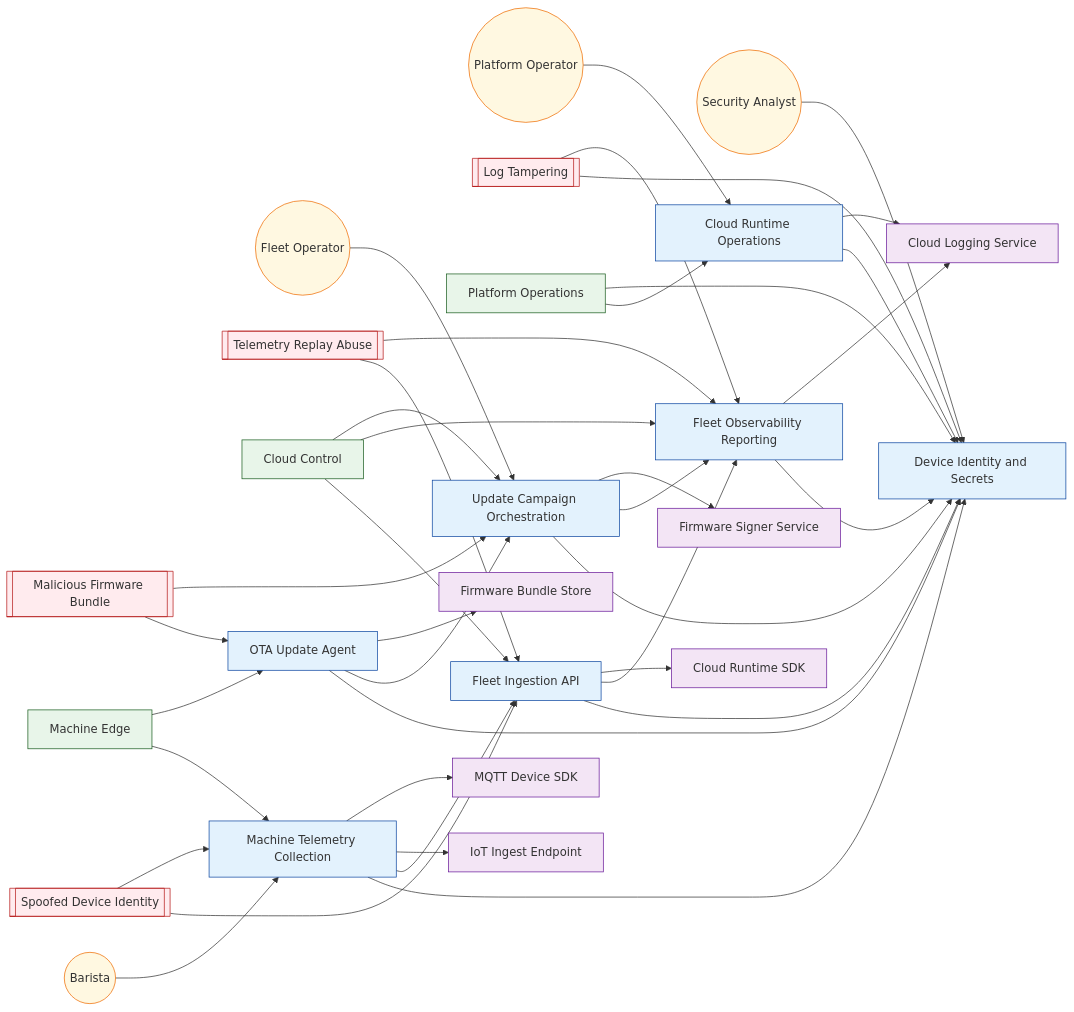
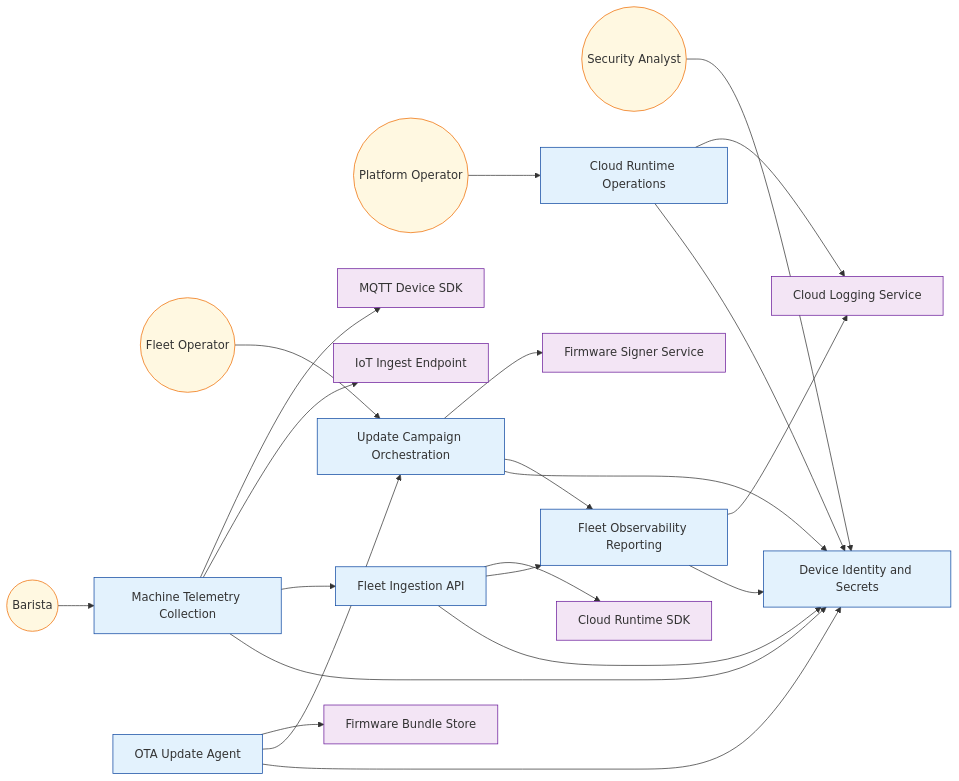
Before and after one commit to labeth/engineering-model-go: the diagram in examples/coffee-fleet-ota-cloud-sample/generated/VIEW-COMMUNICATION.mmd, drawn with Mermaid. The commit also changed 48 other files, not shown here.

Commit message:
added flow view

```diff
--- a/examples/coffee-fleet-ota-cloud-sample/generated/VIEW-COMMUNICATION.mmd
+++ b/examples/coffee-fleet-ota-cloud-sample/generated/VIEW-COMMUNICATION.mmd
@@ -1,68 +1,55 @@
 flowchart LR
 %% view: VIEW-COMMUNICATION (communication)
 N_ACT_BARISTA(("Barista")):::actor
 N_ACT_FLEET_OPERATOR(("Fleet Operator")):::actor
 N_ACT_PLATFORM_OPERATOR(("Platform Operator")):::actor
 N_ACT_SECURITY_ANALYST(("Security Analyst")):::actor
-N_AV_LOG_TAMPERING[["Log Tampering"]]:::attack_vector
-N_AV_MALICIOUS_FIRMWARE_BUNDLE[["Malicious Firmware Bundle"]]:::attack_vector
-N_AV_SPOOFED_DEVICE_IDENTITY[["Spoofed Device Identity"]]:::attack_vector
-N_AV_TELEMETRY_REPLAY_ABUSE[["Telemetry Replay Abuse"]]:::attack_vector
-N_FG_CLOUD_CONTROL["Cloud Control"]:::functional_group
-N_FG_MACHINE_EDGE["Machine Edge"]:::functional_group
-N_FG_PLATFORM_OPERATIONS["Platform Operations"]:::functional_group
 N_FU_CLOUD_RUNTIME_OPERATIONS["Cloud Runtime Operations"]:::functional_unit
 N_FU_DEVICE_IDENTITY_SECRETS["Device Identity and Secrets"]:::functional_unit
 N_FU_FLEET_INGESTION_API["Fleet Ingestion API"]:::functional_unit
 N_FU_FLEET_OBSERVABILITY_REPORTING["Fleet Observability Reporting"]:::functional_unit
 N_FU_MACHINE_TELEMETRY_COLLECTION["Machine Telemetry Collection"]:::functional_unit
 N_FU_OTA_UPDATE_AGENT["OTA Update Agent"]:::functional_unit
 N_FU_UPDATE_CAMPAIGN_ORCHESTRATION["Update Campaign Orchestration"]:::functional_unit
 N_REF_CLOUD_LOGGING_SERVICE["Cloud Logging Service"]:::referenced_element
 N_REF_CLOUD_RUNTIME_SDK["Cloud Runtime SDK"]:::referenced_element
 N_REF_FIRMWARE_BUNDLE_STORE["Firmware Bundle Store"]:::referenced_element
 N_REF_FIRMWARE_SIGNER_SERVICE["Firmware Signer Service"]:::referenced_element
 N_REF_IOT_INGEST_ENDPOINT["IoT Ingest Endpoint"]:::referenced_element
 N_REF_MQTT_DEVICE_SDK["MQTT Device SDK"]:::referenced_element
 N_ACT_BARISTA --> N_FU_MACHINE_TELEMETRY_COLLECTION
 N_ACT_FLEET_OPERATOR --> N_FU_UPDATE_CAMPAIGN_ORCHESTRATION
 N_ACT_PLATFORM_OPERATOR --> N_FU_CLOUD_RUNTIME_OPERATIONS
 N_ACT_SECURITY_ANALYST --> N_FU_DEVICE_IDENTITY_SECRETS
-N_AV_LOG_TAMPERING --> N_FU_DEVICE_IDENTITY_SECRETS
-N_AV_LOG_TAMPERING --> N_FU_FLEET_OBSERVABILITY_REPORTING
-N_AV_MALICIOUS_FIRMWARE_BUNDLE --> N_FU_OTA_UPDATE_AGENT
-N_AV_MALICIOUS_FIRMWARE_BUNDLE --> N_FU_UPDATE_CAMPAIGN_ORCHESTRATION
-N_AV_SPOOFED_DEVICE_IDENTITY --> N_FU_FLEET_INGESTION_API
-N_AV_SPOOFED_DEVICE_IDENTITY --> N_FU_MACHINE_TELEMETRY_COLLECTION
-N_AV_TELEMETRY_REPLAY_ABUSE --> N_FU_FLEET_INGESTION_API
-N_AV_TELEMETRY_REPLAY_ABUSE --> N_FU_FLEET_OBSERVABILITY_REPORTING
-N_FG_CLOUD_CONTROL --> N_FU_FLEET_INGESTION_API
-N_FG_CLOUD_CONTROL --> N_FU_FLEET_OBSERVABILITY_REPORTING
-N_FG_CLOUD_CONTROL --> N_FU_UPDATE_CAMPAIGN_ORCHESTRATION
-N_FG_MACHINE_EDGE --> N_FU_MACHINE_TELEMETRY_COLLECTION
-N_FG_MACHINE_EDGE --> N_FU_OTA_UPDATE_AGENT
-N_FG_PLATFORM_OPERATIONS --> N_FU_CLOUD_RUNTIME_OPERATIONS
-N_FG_PLATFORM_OPERATIONS --> N_FU_DEVICE_IDENTITY_SECRETS
 N_FU_CLOUD_RUNTIME_OPERATIONS --> N_FU_DEVICE_IDENTITY_SECRETS
 N_FU_CLOUD_RUNTIME_OPERATIONS --> N_REF_CLOUD_LOGGING_SERVICE
 N_FU_FLEET_INGESTION_API --> N_FU_DEVICE_IDENTITY_SECRETS
 N_FU_FLEET_INGESTION_API --> N_FU_FLEET_OBSERVABILITY_REPORTING
 N_FU_FLEET_INGESTION_API --> N_REF_CLOUD_RUNTIME_SDK
 N_FU_FLEET_OBSERVABILITY_REPORTING --> N_FU_DEVICE_IDENTITY_SECRETS
 N_FU_FLEET_OBSERVABILITY_REPORTING --> N_REF_CLOUD_LOGGING_SERVICE
 N_FU_MACHINE_TELEMETRY_COLLECTION --> N_FU_DEVICE_IDENTITY_SECRETS
 N_FU_MACHINE_TELEMETRY_COLLECTION --> N_FU_FLEET_INGESTION_API
 N_FU_MACHINE_TELEMETRY_COLLECTION --> N_REF_IOT_INGEST_ENDPOINT
 N_FU_MACHINE_TELEMETRY_COLLECTION --> N_REF_MQTT_DEVICE_SDK
 N_FU_OTA_UPDATE_AGENT --> N_FU_DEVICE_IDENTITY_SECRETS
 N_FU_OTA_UPDATE_AGENT --> N_FU_UPDATE_CAMPAIGN_ORCHESTRATION
 N_FU_OTA_UPDATE_AGENT --> N_REF_FIRMWARE_BUNDLE_STORE
 N_FU_UPDATE_CAMPAIGN_ORCHESTRATION --> N_FU_DEVICE_IDENTITY_SECRETS
 N_FU_UPDATE_CAMPAIGN_ORCHESTRATION --> N_FU_FLEET_OBSERVABILITY_REPORTING
 N_FU_UPDATE_CAMPAIGN_ORCHESTRATION --> N_REF_FIRMWARE_SIGNER_SERVICE
 classDef functional_group fill:#e8f5e9,stroke:#1b5e20,stroke-width:1px;
 classDef functional_unit fill:#e3f2fd,stroke:#0d47a1,stroke-width:1px;
 classDef actor fill:#fff8e1,stroke:#ef6c00,stroke-width:1px;
 classDef attack_vector fill:#ffebee,stroke:#b71c1c,stroke-width:1px;
 classDef referenced_element fill:#f3e5f5,stroke:#6a1b9a,stroke-width:1px;
+classDef interface fill:#e8f5e9,stroke:#2e7d32,stroke-width:1px;
+classDef data_object fill:#fff3e0,stroke:#ef6c00,stroke-width:1px;
+classDef deployment_target fill:#ede7f6,stroke:#5e35b1,stroke-width:1px;
+classDef control fill:#fce4ec,stroke:#ad1457,stroke-width:1px;
+classDef trust_boundary fill:#e0f7fa,stroke:#006064,stroke-width:1px;
+classDef state fill:#e1f5fe,stroke:#0277bd,stroke-width:1px;
+classDef event fill:#fffde7,stroke:#f9a825,stroke-width:1px;
+classDef flow fill:#ede7f6,stroke:#4527a0,stroke-width:1px;
+classDef flow_step fill:#f1f8e9,stroke:#33691e,stroke-width:1px;
 classDef unknown fill:#ffffff,stroke:#adb5bd,stroke-width:1px;
```
